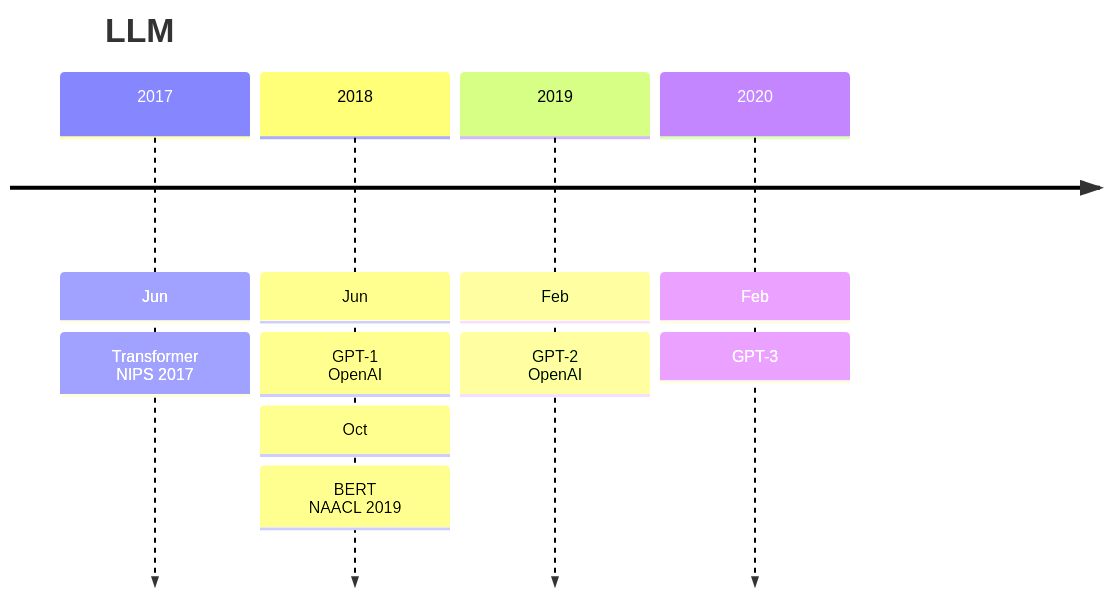
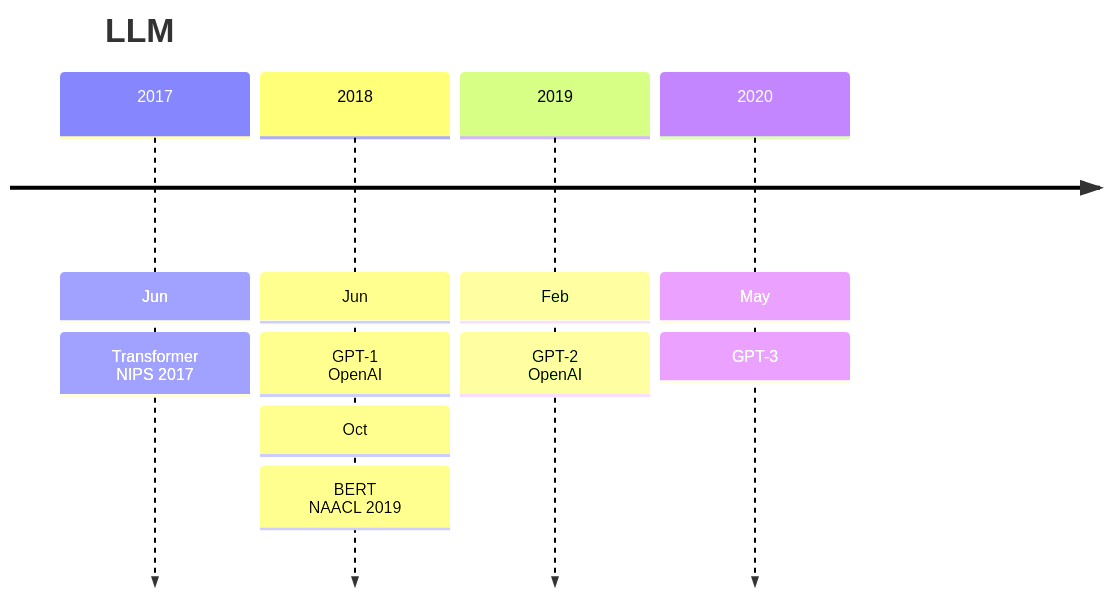
Before and after one commit to Elephant-King9/Paper: the first of 4 diagrams in Base_Model/LLM/analyse.md, drawn with Mermaid. The commit also changed other lines of this file and 5 other files, not shown here.

````diff
--- a/Base_Model/LLM/analyse.md
+++ b/Base_Model/LLM/analyse.md
@@ -5,14 +5,14 @@
 ```mermaid
 timeline
     title LLM
     2017 : Jun
     		 : Transformer<br>NIPS 2017
     2018 : Jun
     		 : GPT-1<br>OpenAI
     		 : Oct
     		 : BERT<br>NAACL 2019
     2019 : Feb
     		 : GPT-2<br>OpenAI
-    2020 : Feb
+    2020 : May
     		 : GPT-3
 ```
````
